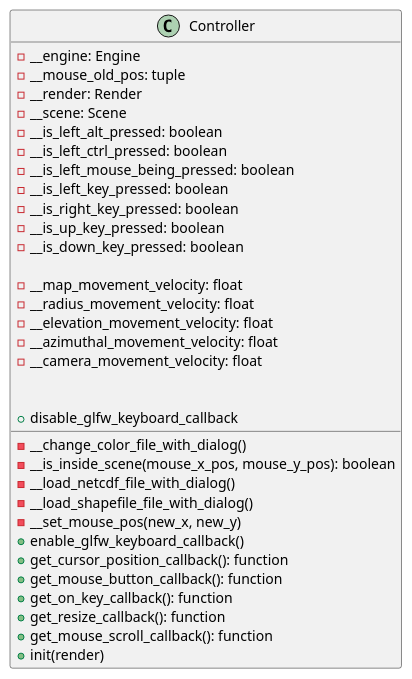
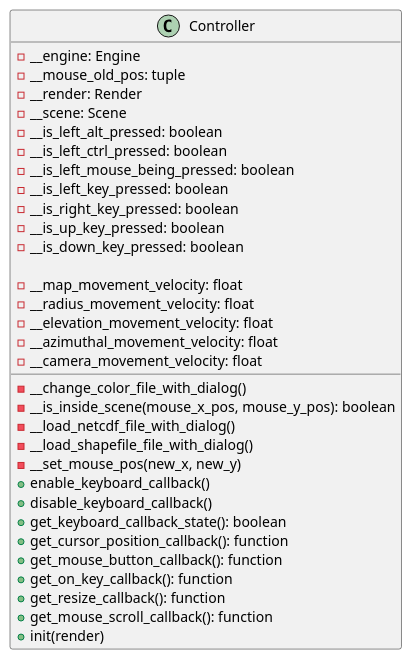
The diagram in docs/classes/Controller.puml (ferpoble2/Relief_Creator), drawn with PlantUML before and after one commit. The commit also changed 5 other files, not shown here.

Commit message:
Fixed names to enable/disable keyboard callback on controller.

```diff
--- a/docs/classes/Controller.puml
+++ b/docs/classes/Controller.puml
@@ -1,36 +1,37 @@
 @startuml
 class Controller {
     - __engine: Engine
     - __mouse_old_pos: tuple
     - __render: Render
     - __scene: Scene
     - __is_left_alt_pressed: boolean
     - __is_left_ctrl_pressed: boolean
     - __is_left_mouse_being_pressed: boolean
     - __is_left_key_pressed: boolean
     - __is_right_key_pressed: boolean
     - __is_up_key_pressed: boolean
     - __is_down_key_pressed: boolean
 
     - __map_movement_velocity: float
     - __radius_movement_velocity: float
     - __elevation_movement_velocity: float
     - __azimuthal_movement_velocity: float
     - __camera_movement_velocity: float
 
 
     - __change_color_file_with_dialog()
     - __is_inside_scene(mouse_x_pos, mouse_y_pos): boolean
     - __load_netcdf_file_with_dialog()
     - __load_shapefile_file_with_dialog()
     - __set_mouse_pos(new_x, new_y)
-    + enable_glfw_keyboard_callback()
-    + disable_glfw_keyboard_callback
+    + enable_keyboard_callback()
+    + disable_keyboard_callback()
+    + get_keyboard_callback_state(): boolean
     + get_cursor_position_callback(): function
     + get_mouse_button_callback(): function
     + get_on_key_callback(): function
     + get_resize_callback(): function
     + get_mouse_scroll_callback(): function
     + init(render)
 }
 @enduml
```
